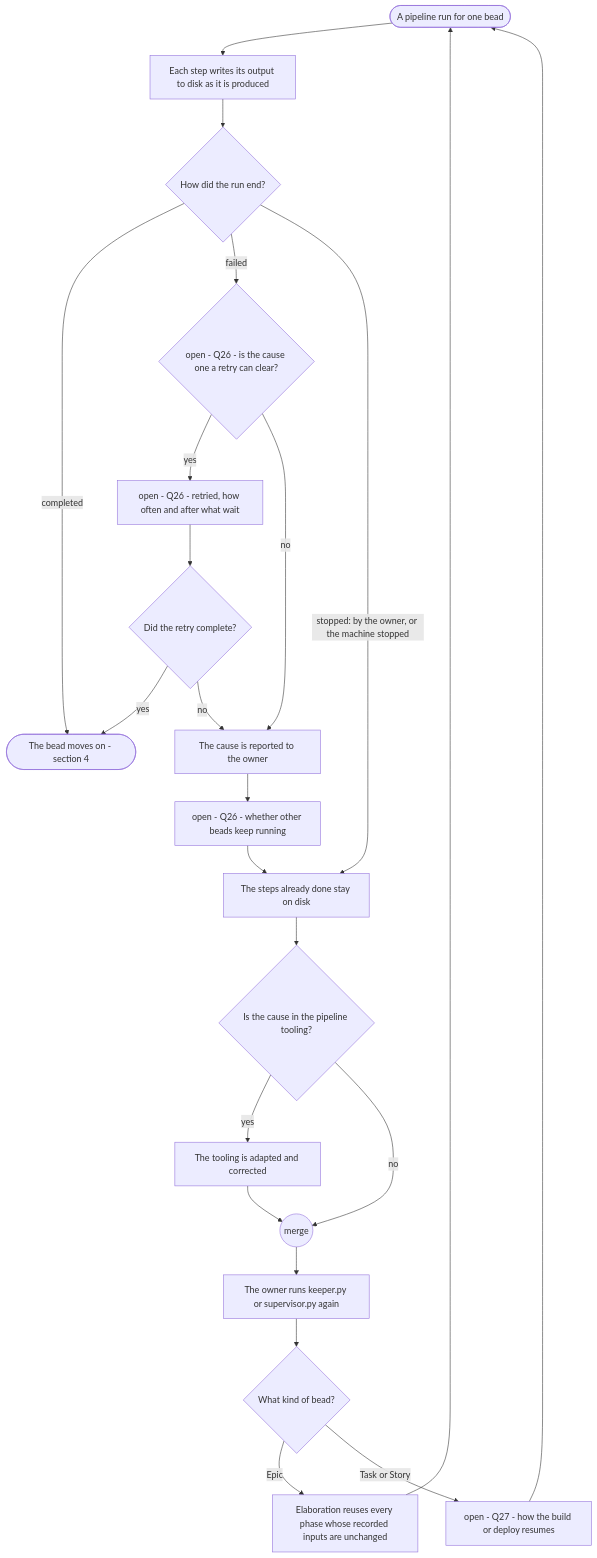
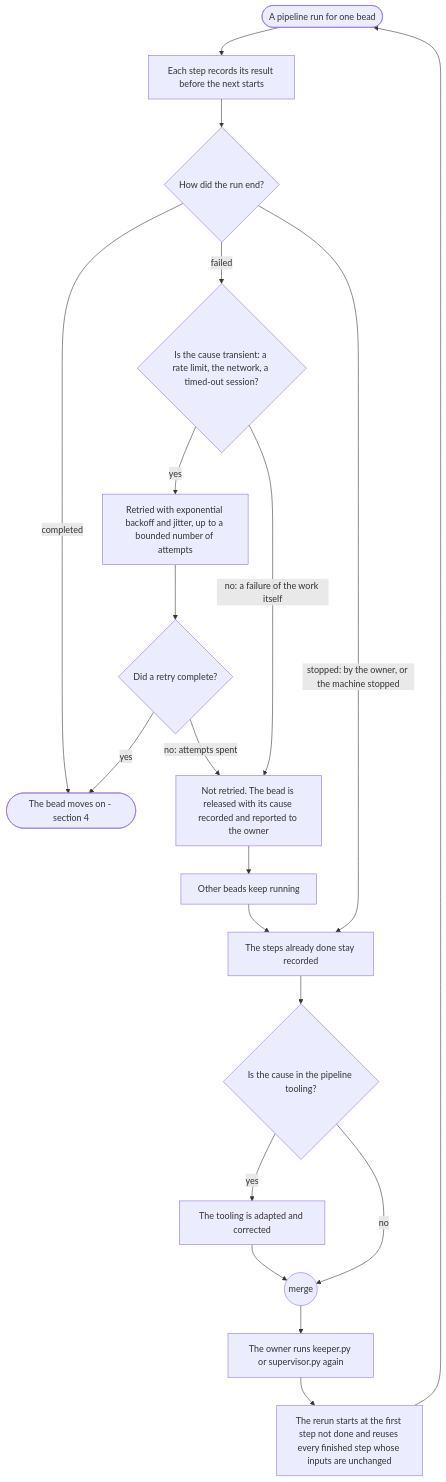
One commit to mark-satterfield/toolset changed the seventh of 8 diagrams in plugins/agent-teams-workforce/blueprint/design/pipelines-driver.md. Above: the diagram before and after it, drawn with Mermaid. The commit also changed other lines of this file and 2 other files, not shown here.

First line of the commit message:
docs(blueprint): decide the driver, PRD and deploy questions that are not the owner's

````diff
--- a/plugins/agent-teams-workforce/blueprint/design/pipelines-driver.md
+++ b/plugins/agent-teams-workforce/blueprint/design/pipelines-driver.md
@@ -292,25 +316,22 @@
 ```mermaid
 flowchart TD
-    s(["A pipeline run for one bead"]) --> work["Each step writes its output to disk as it is produced"]
+    s(["A pipeline run for one bead"]) --> work["Each step records its result before the next starts"]
     work --> res{"How did the run end?"}
     res -->|"completed"| done(["The bead moves on - section 4"])
-    res -->|"failed"| kindF{"open - Q26 - is the cause one a retry can clear?"}
+    res -->|"failed"| kindF{"Is the cause transient: a rate limit, the network, a timed-out session?"}
     res -->|"stopped: by the owner, or the machine stopped"| kept
-    kindF -->|"yes"| retry["open - Q26 - retried, how often and after what wait"]
-    kindF -->|"no"| report["The cause is reported to the owner"]
-    retry --> again{"Did the retry complete?"}
+    kindF -->|"yes"| retry["Retried with exponential backoff and jitter, up to a bounded number of attempts"]
+    kindF -->|"no: a failure of the work itself"| release["Not retried. The bead is released with its cause recorded and reported to the owner"]
+    retry --> again{"Did a retry complete?"}
     again -->|"yes"| done
-    again -->|"no"| report
-    report --> others["open - Q26 - whether other beads keep running"]
-    others --> kept["The steps already done stay on disk"]
+    again -->|"no: attempts spent"| release
+    release --> others["Other beads keep running"]
+    others --> kept["The steps already done stay recorded"]
     kept --> fixT{"Is the cause in the pipeline tooling?"}
     fixT -->|"yes"| adapt["The tooling is adapted and corrected"]
     fixT -->|"no"| m(("merge"))
     adapt --> m
     m --> owner["The owner runs keeper.py or supervisor.py again"]
-    owner --> resume{"What kind of bead?"}
-    resume -->|"Epic"| reuseE["Elaboration reuses every phase whose recorded inputs are unchanged"]
-    resume -->|"Task or Story"| reuseTS["open - Q27 - how the build or deploy resumes"]
-    reuseE --> s
-    reuseTS --> s
+    owner --> resume["The rerun starts at the first step not done and reuses every finished step whose inputs are unchanged"]
+    resume --> s
 ```
````
